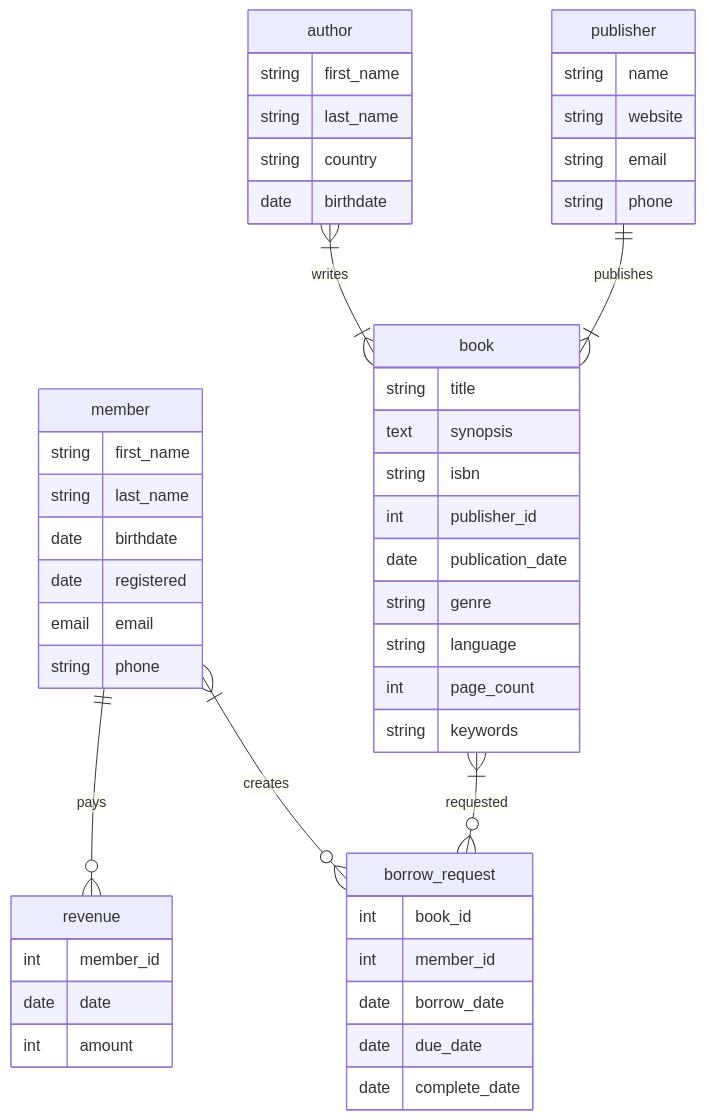
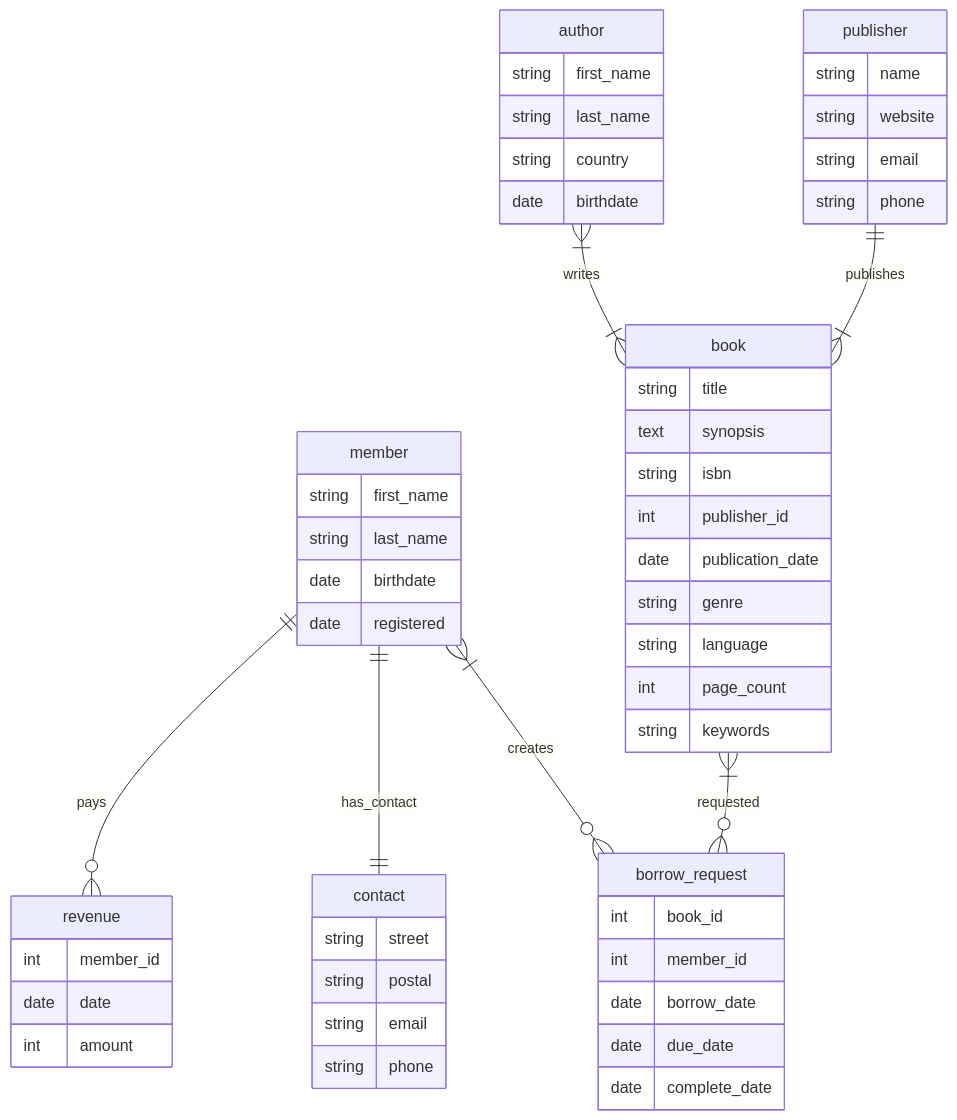
One commit to edu-python-course/libms-db changed the diagram in README.md. Above: the diagram before and after it, drawn with Mermaid. The commit also changed 3 other files, not shown here.

Commit message:
Add contact table and update member schema

````diff
--- a/README.md
+++ b/README.md
@@ -132,57 +132,63 @@
 ```mermaid
 erDiagram
     member ||--o{ revenue: pays
+    member ||--|| contact: has_contact
     member }|--o{ borrow_request: creates
     book }|--o{ borrow_request: requested
     author }|--|{ book: writes
     publisher ||--|{ book: publishes
 
     member {
         string first_name
         string last_name
         date birthdate
         date registered
-        email email
+    }
+    
+    contact {
+        string street
+        string postal
+        string email
         string phone
     }
 
     book {
         string title
         text synopsis
         string isbn
         int publisher_id
         date publication_date
         string genre
         string language
         int page_count
         string keywords
     }
 
     author {
         string first_name
         string last_name
         string country
         date birthdate
     }
 
     publisher {
         string name
         string website
         string email
         string phone
     }
 
     revenue {
         int member_id
         date date
         int amount
     }
 
     borrow_request {
         int book_id
         int member_id
         date borrow_date
         date due_date
         date complete_date
     }
 ```
````
